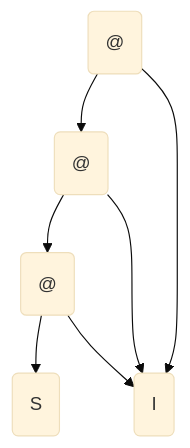
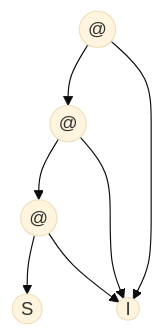
The second of 5 diagrams in examples/ski/README.md (Juemuren/graph-reduction-machine), drawn with Mermaid (base theme) before and after one commit. The commit also changed other lines of this file, not shown here.

Commit message:
examples: 修改 Mermaid 图为圆形节点

````diff
--- a/examples/ski/README.md
+++ b/examples/ski/README.md
@@ -112,14 +112,14 @@
 ```mermaid
 flowchart TD
-    0("@")
-    1("@")
-    2("@")
-    3("S")
-    4("I")
+    0(("@"))
+    1(("@"))
+    2(("@"))
+    3(("S"))
+    4(("I"))
     0 --> 1
     0 --> 4
     1 --> 2
     1 --> 4
     2 --> 3
     2 --> 4
 ```
````
